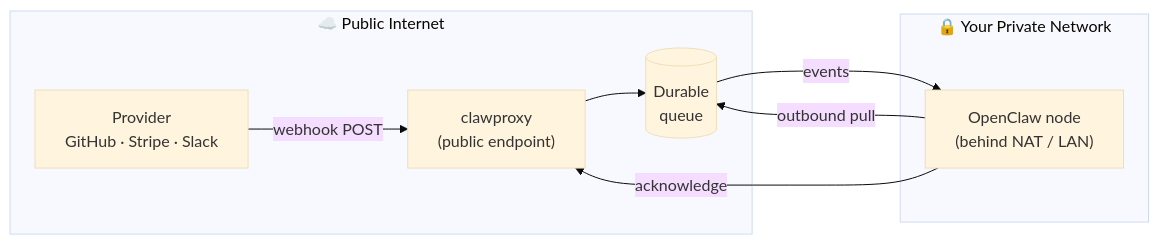
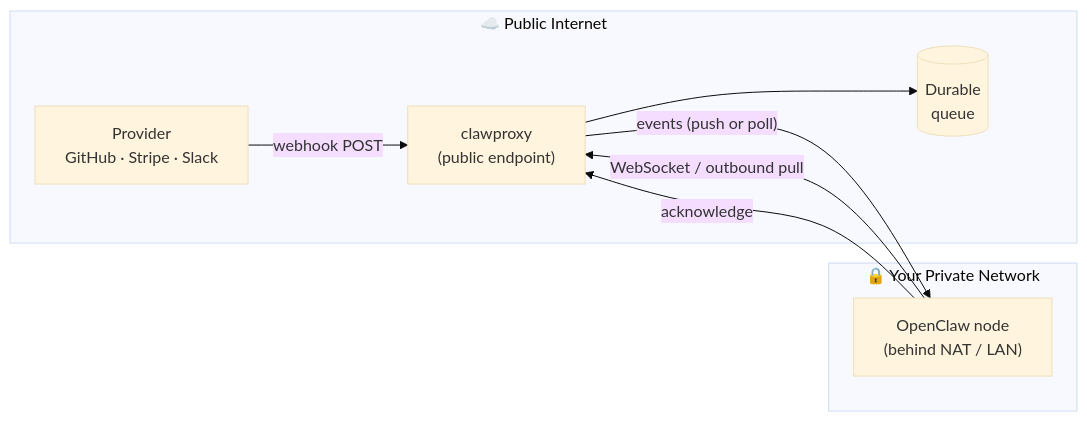
One commit to ericdahl-dev/clawproxy changed the diagram in README.md. Above: the diagram before and after it, drawn with Mermaid (base theme). The commit also changed other lines of this file, not shown here.

First line of the commit message:
docs: update README with WebSocket feature, protocol, and dev:ws script

````diff
--- a/README.md
+++ b/README.md
@@ -9,18 +17,18 @@
 ```mermaid
 flowchart LR
     subgraph internet ["☁️ Public Internet"]
         P["Provider\nGitHub · Stripe · Slack"]
         C["clawproxy\n(public endpoint)"]
         Q[("Durable\nqueue")]
     end
 
     subgraph private ["🔒 Your Private Network"]
         N["OpenClaw node\n(behind NAT / LAN)"]
     end
 
     P -- "webhook POST" --> C
     C --> Q
-    N -- "outbound pull" --> Q
-    Q -- "events" --> N
+    N -- "WebSocket / outbound pull" --> C
+    C -- "events (push or poll)" --> N
     N -- "acknowledge" --> C
 ```
````
